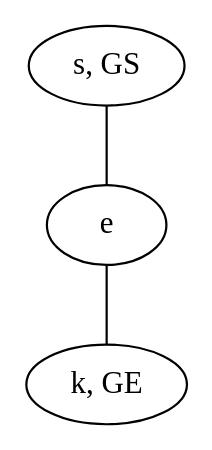
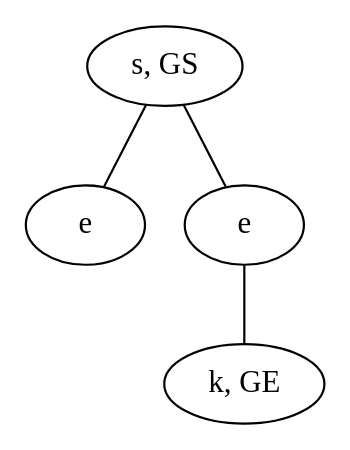
The diagram in data/VGLC/Zelda/rules/1/5_S-K.dot (schrum2/MM-NEAT), drawn with Graphviz before and after one commit. The commit also changed 34 other files, not shown here.

```diff
--- a/data/VGLC/Zelda/rules/1/5_S-K.dot
+++ b/data/VGLC/Zelda/rules/1/5_S-K.dot
@@ -1,7 +1,9 @@
 graph {
-GwQe [label="s, GS"]
-HnDT [label="k, GE"]
-mPZT [label="e"]
-GwQe -- mPZT
-mPZT -- HnDT
+XLgU [label="s, GS"]
+Dvcq [label="k, GE"]
+OrAM [label="e"]
+CTWv [label="e"]
+XLgU -- OrAM
+XLgU -- CTWv
+CTWv -- Dvcq
 }
```
